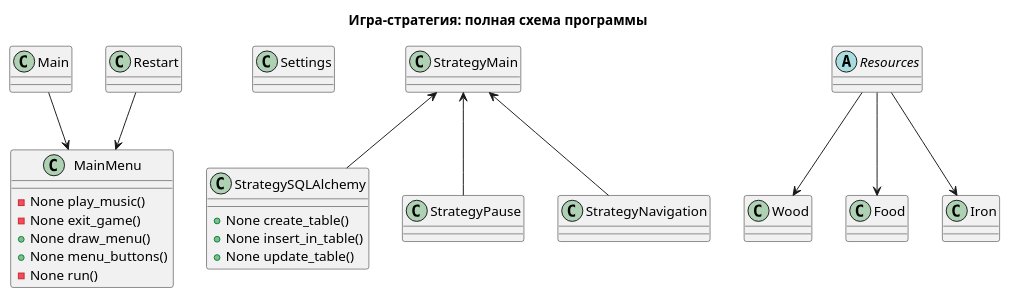
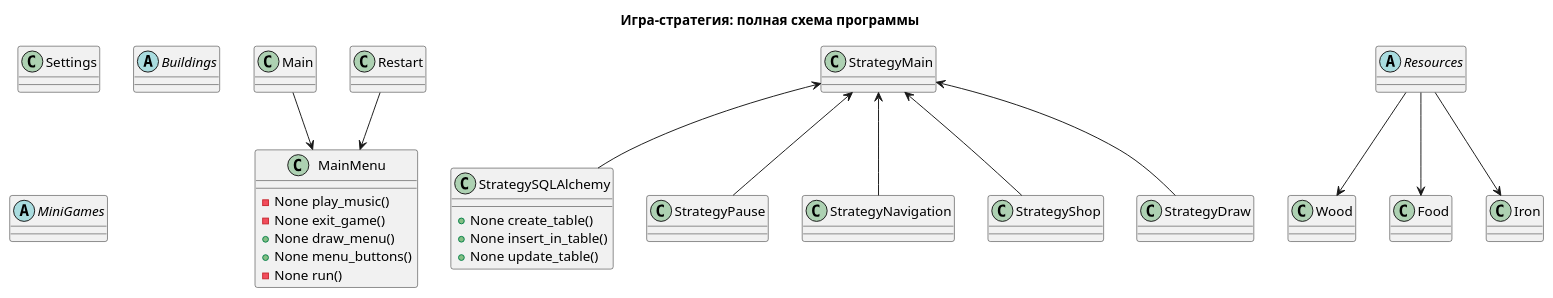
One commit to bulaseregprogramist/Strategia changed the diagram in diagram.pu. Above: the diagram before and after it, drawn with PlantUML. The commit also changed 8 other files, not shown here.

```diff
--- a/diagram.pu
+++ b/diagram.pu
@@ -1,55 +1,59 @@
 @startuml "Strategy game"
 
 
 title "Игра-стратегия: полная схема программы"
 
 class Main
 
 class MainMenu {
     - None play_music()
     - None exit_game()
     + None draw_menu()
     + None menu_buttons()
     - None run()
 }
 
 class Settings {
 
 }
 
 class StrategyMain {
 
 }
 
 class StrategySQLAlchemy {
     + None create_table()
     + None insert_in_table()
     + None update_table()
 }
 
 class StrategyPause {
 
 }
 
 class StrategyNavigation {
 
 }
 
 class Restart {
 
 }
 
 abstract Resources
+abstract Buildings
+abstract MiniGames
 
 Resources --> Wood
 Resources --> Food
 Resources --> Iron
 
 Restart --> MainMenu
 Main --> MainMenu
 
 StrategyMain <-- StrategyNavigation
 StrategyMain <-- StrategyPause
 StrategyMain <-- StrategySQLAlchemy
+StrategyMain <-- StrategyShop
+StrategyMain <-- StrategyDraw
 
 @enduml
```
